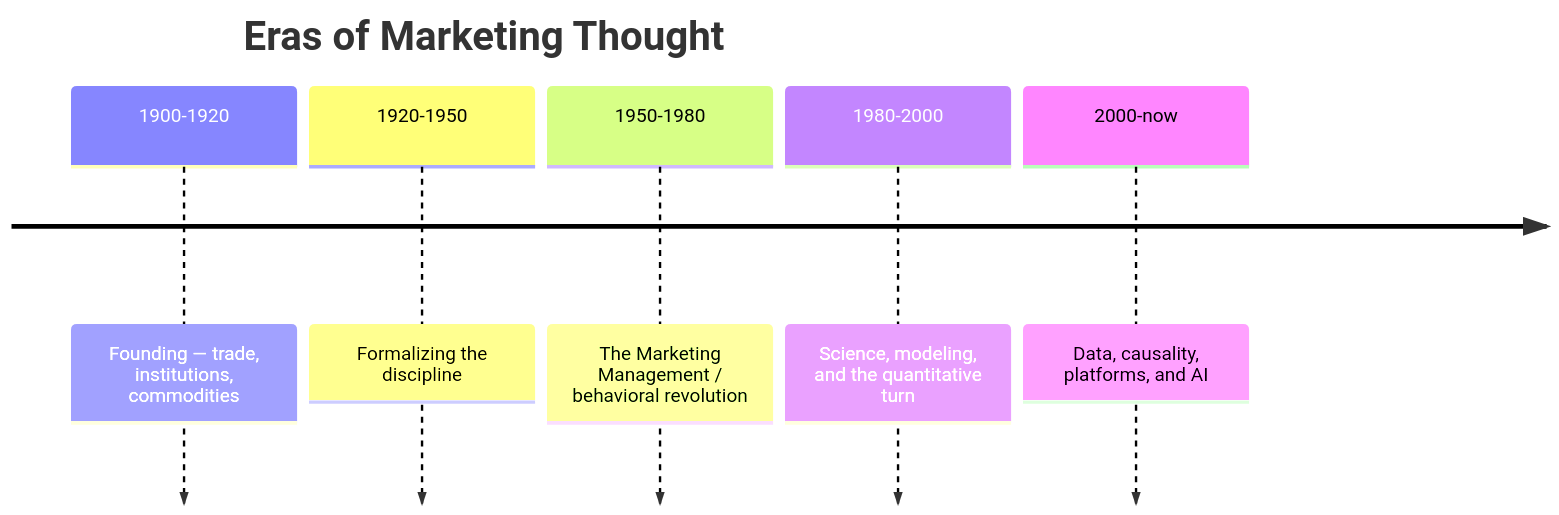
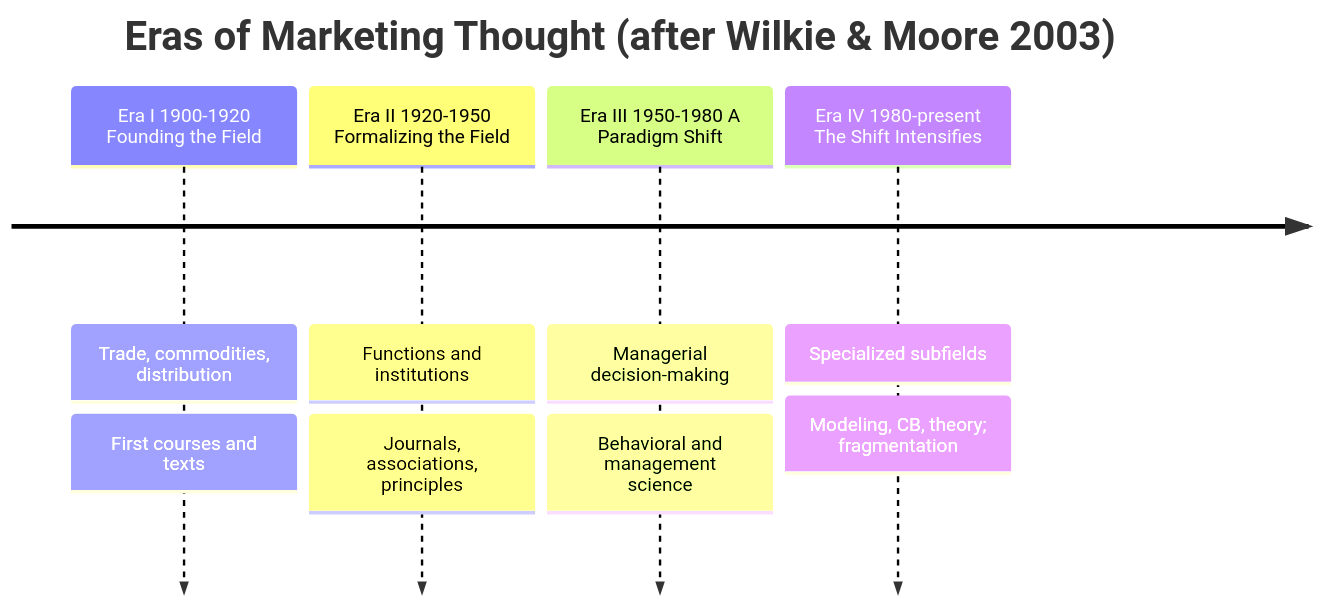
Before and after one commit to mikenguyen13/marketing_research: the first of 2 diagrams in 01b-history-of-marketing-thought.qmd, drawn with Mermaid. The commit also changed other lines of this file and 23 other files, not shown here.

````diff
--- a/01b-history-of-marketing-thought.qmd
+++ b/01b-history-of-marketing-thought.qmd
@@ -23,11 +53,10 @@
 ```{mermaid}
 %%| label: fig-marketing-eras
-%%| fig-cap: "Eras of marketing thought (to be finalized against verified sources)."
+%%| fig-cap: "The four eras of marketing thought in the sense of @wilkie2003eras, with the dominant object of study and characteristic outputs of each. Dates are heuristic; the eras overlap at their boundaries."
 timeline
-    title Eras of Marketing Thought
-    1900-1920 : Founding — trade, institutions, commodities
-    1920-1950 : Formalizing the discipline
-    1950-1980 : The Marketing Management / behavioral revolution
-    1980-2000 : Science, modeling, and the quantitative turn
-    2000-now  : Data, causality, platforms, and AI
+    title Eras of Marketing Thought (after Wilkie & Moore 2003)
+    Era I 1900-1920 Founding the Field : Trade, commodities, distribution : First courses and texts
+    Era II 1920-1950 Formalizing the Field : Functions and institutions : Journals, associations, principles
+    Era III 1950-1980 A Paradigm Shift : Managerial decision-making : Behavioral and management science
+    Era IV 1980-present The Shift Intensifies : Specialized subfields : Modeling, CB, theory; fragmentation
 ```
````
